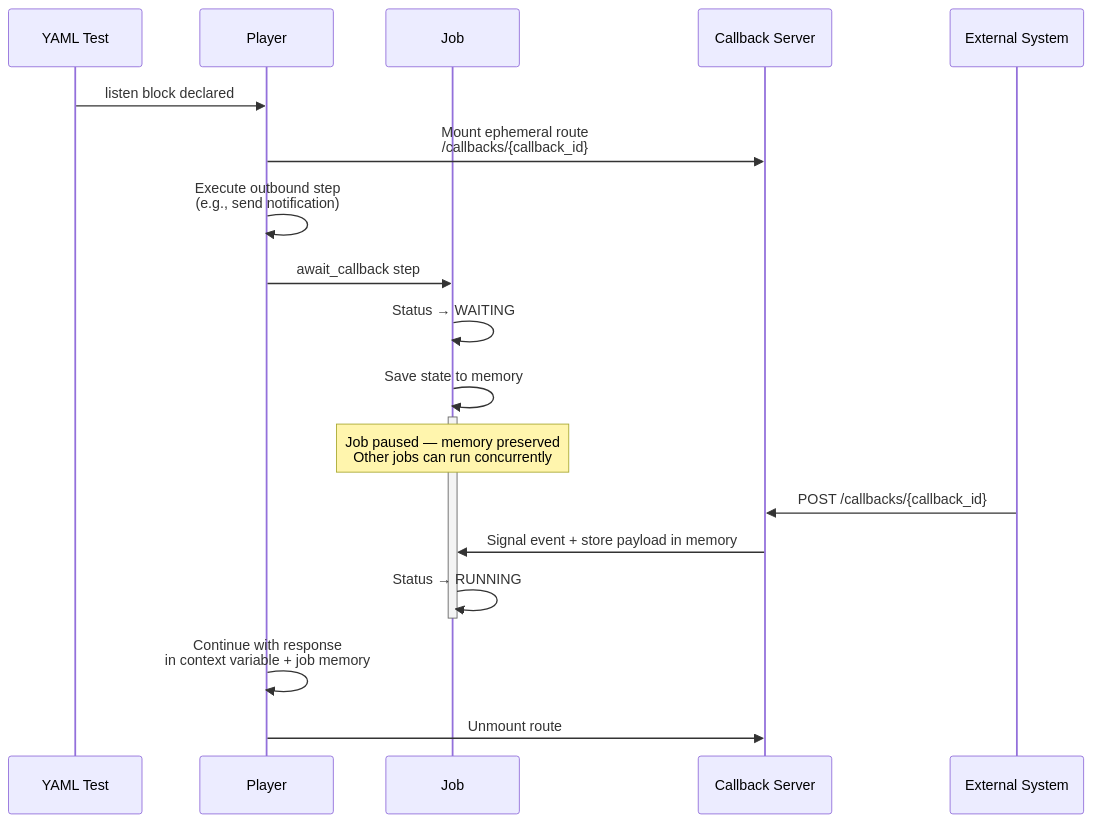
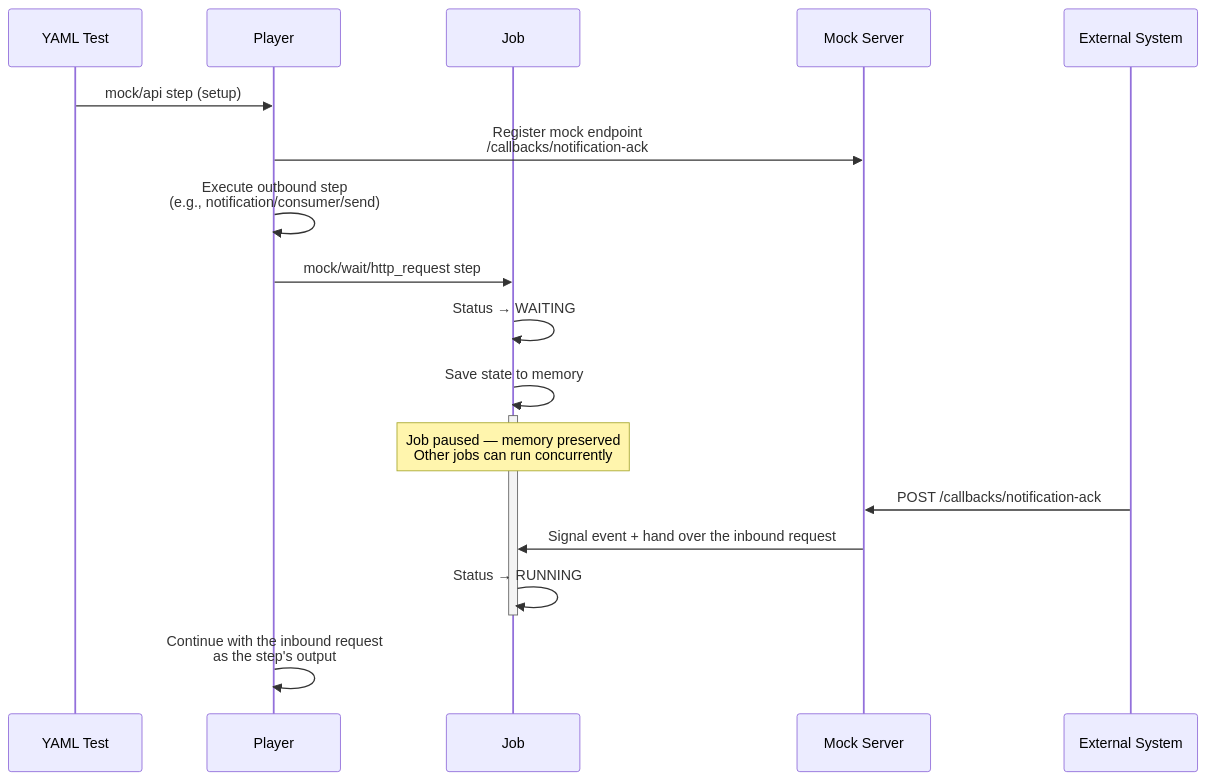
One commit to eclipse-tractusx/tractusx-testlab changed the eighth of 15 diagrams in docs/specification/specification/concepts.md. Above: the diagram before and after it, drawn with Mermaid. The commit also changed other lines of this file and 103 other files, not shown here.

````diff
--- a/docs/specification/specification/concepts.md
+++ b/docs/specification/specification/concepts.md
@@ -354,26 +347,25 @@
 ```mermaid
 sequenceDiagram
     participant Y as YAML Test
     participant P as Player
     participant J as Job
-    participant SRV as Callback Server
+    participant SRV as Mock Server
     participant EXT as External System
 
-    Y->>P: listen block declared
-    P->>SRV: Mount ephemeral route<br/>/callbacks/{callback_id}
-    P->>P: Execute outbound step<br/>(e.g., send notification)
+    Y->>P: mock/api step (setup)
+    P->>SRV: Register mock endpoint<br/>/callbacks/notification-ack
+    P->>P: Execute outbound step<br/>(e.g., notification/consumer/send)
 
-    P->>J: await_callback step
+    P->>J: mock/wait/http_request step
     J->>J: Status → WAITING
     J->>J: Save state to memory
     activate J
     Note over J: Job paused — memory preserved<br/>Other jobs can run concurrently
 
-    EXT->>SRV: POST /callbacks/{callback_id}
-    SRV->>J: Signal event + store payload in memory
+    EXT->>SRV: POST /callbacks/notification-ack
+    SRV->>J: Signal event + hand over the inbound request
     J->>J: Status → RUNNING
     deactivate J
 
-    P->>P: Continue with response<br/>in context variable + job memory
-    P->>SRV: Unmount route
+    P->>P: Continue with the inbound request<br/>as the step's output
 ```
````
